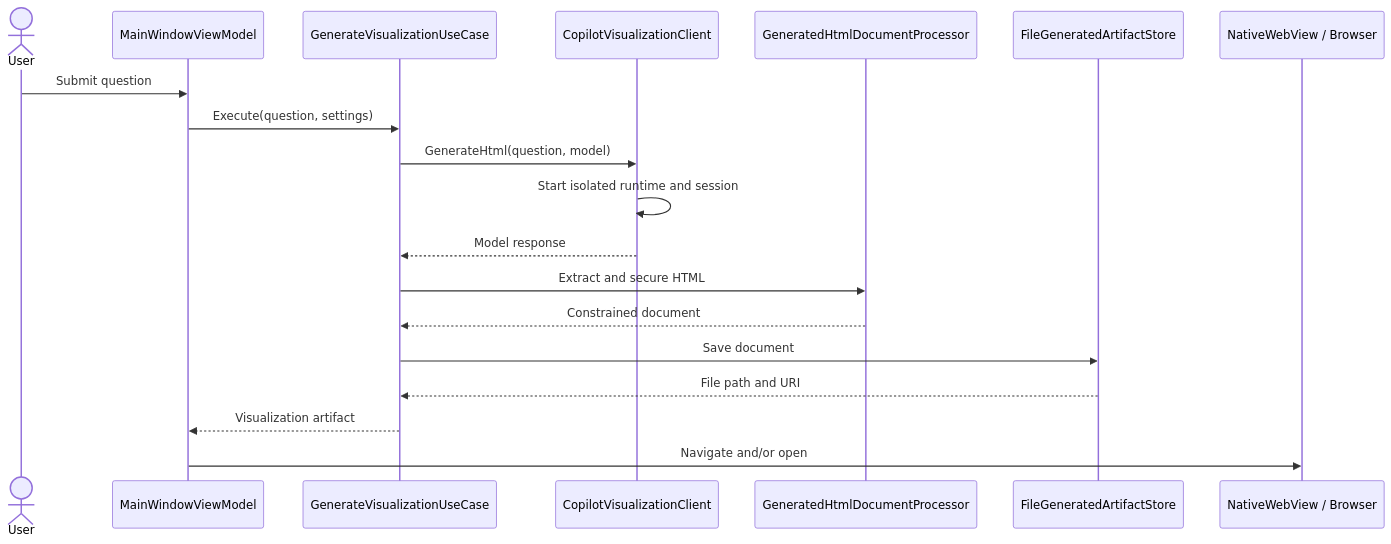
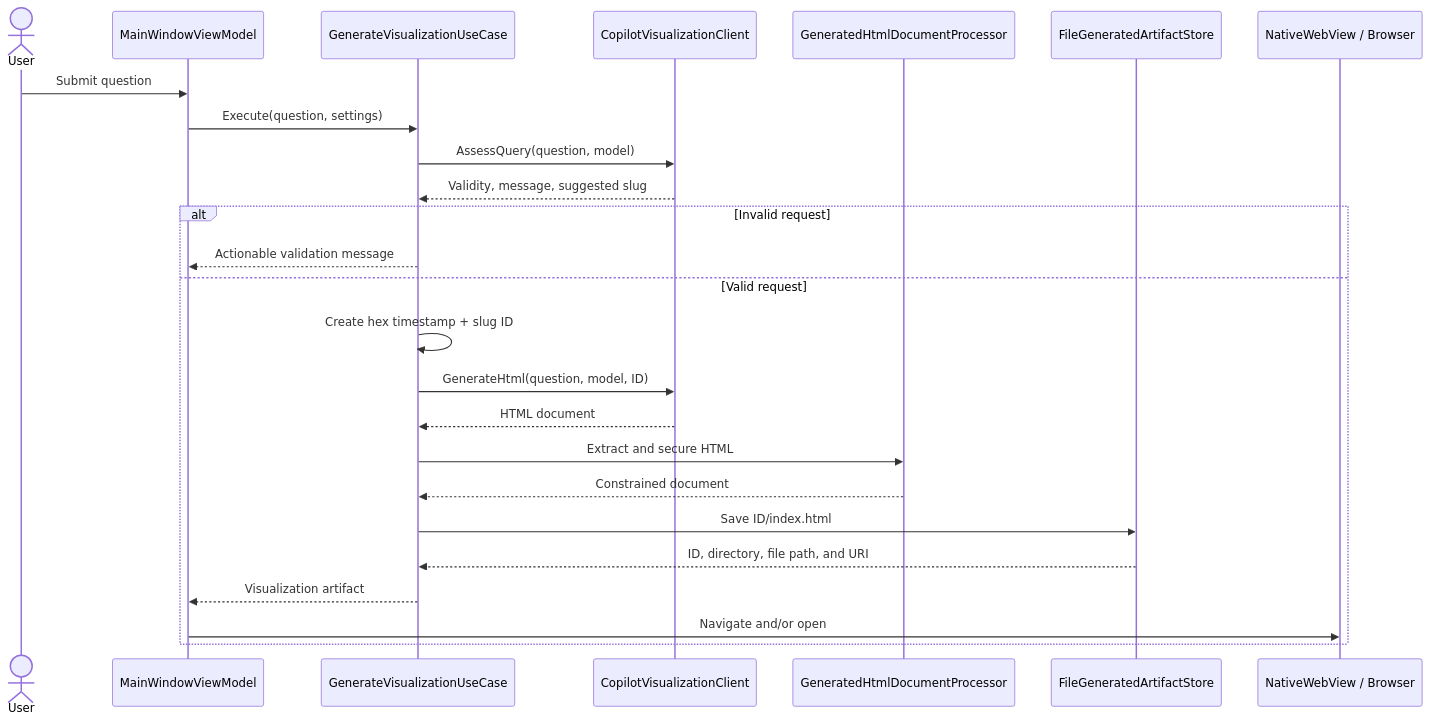
One commit to btnguyen2k/AzHST changed the second of 2 diagrams in docs/architecture.md. Above: the diagram before and after it, drawn with Mermaid. The commit also changed other lines of this file and 23 other files, not shown here.

````diff
--- a/docs/architecture.md
+++ b/docs/architecture.md
@@ -70,22 +74,28 @@
 ```mermaid
 sequenceDiagram
     actor User
     participant VM as MainWindowViewModel
     participant UC as GenerateVisualizationUseCase
     participant Copilot as CopilotVisualizationClient
     participant Policy as GeneratedHtmlDocumentProcessor
     participant Store as FileGeneratedArtifactStore
     participant View as NativeWebView / Browser
 
     User->>VM: Submit question
     VM->>UC: Execute(question, settings)
-    UC->>Copilot: GenerateHtml(question, model)
-    Copilot->>Copilot: Start isolated runtime and session
-    Copilot-->>UC: Model response
-    UC->>Policy: Extract and secure HTML
-    Policy-->>UC: Constrained document
-    UC->>Store: Save document
-    Store-->>UC: File path and URI
-    UC-->>VM: Visualization artifact
-    VM->>View: Navigate and/or open
+    UC->>Copilot: AssessQuery(question, model)
+    Copilot-->>UC: Validity, message, suggested slug
+    alt Invalid request
+        UC-->>VM: Actionable validation message
+    else Valid request
+        UC->>UC: Create hex timestamp + slug ID
+        UC->>Copilot: GenerateHtml(question, model, ID)
+        Copilot-->>UC: HTML document
+        UC->>Policy: Extract and secure HTML
+        Policy-->>UC: Constrained document
+        UC->>Store: Save ID/index.html
+        Store-->>UC: ID, directory, file path, and URI
+        UC-->>VM: Visualization artifact
+        VM->>View: Navigate and/or open
+    end
 ```
````
